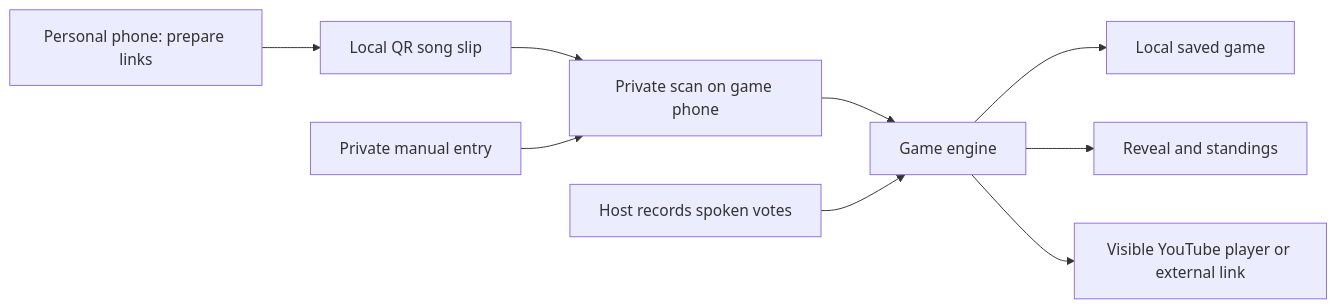
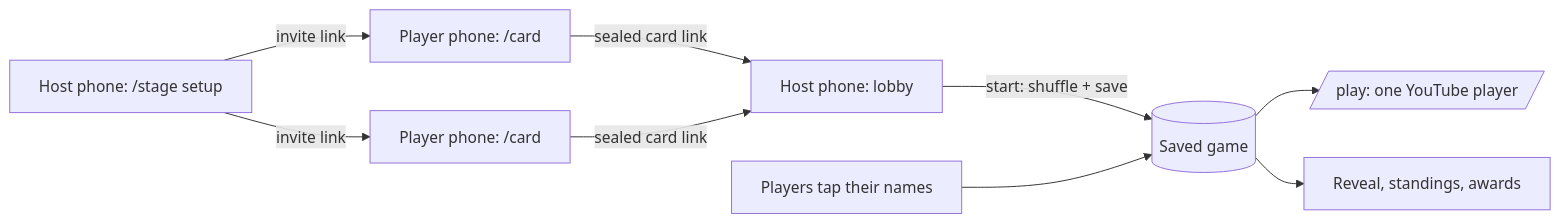
Before and after one commit to ITZSHOAIB/kaargaan: the diagram in docs/architecture.md, drawn with Mermaid. The commit also changed other lines of this file and 23 other files, not shown here.

````diff
--- a/docs/architecture.md
+++ b/docs/architecture.md
@@ -11,11 +7,11 @@
 ```mermaid
 flowchart LR
-    P[Personal phone: prepare links] --> Q[Local QR song slip]
-    Q --> I[Private scan on game phone]
-    M[Private manual entry] --> I
-    I --> G[Game engine]
-    V[Host records spoken votes] --> G
-    G --> S[Local saved game]
-    G --> R[Reveal and standings]
-    G --> Y[Visible YouTube player or external link]
+    H[Host phone: /stage setup] -->|invite link| P1[Player phone: /card]
+    H -->|invite link| P2[Player phone: /card]
+    P1 -->|sealed card link| L[Host phone: lobby]
+    P2 -->|sealed card link| L
+    L -->|start: shuffle + save| G[(Saved game)]
+    G --> Y[/play: one YouTube player/]
+    V[Players tap their names] --> G
+    G --> R[Reveal, standings, awards]
 ```
````
